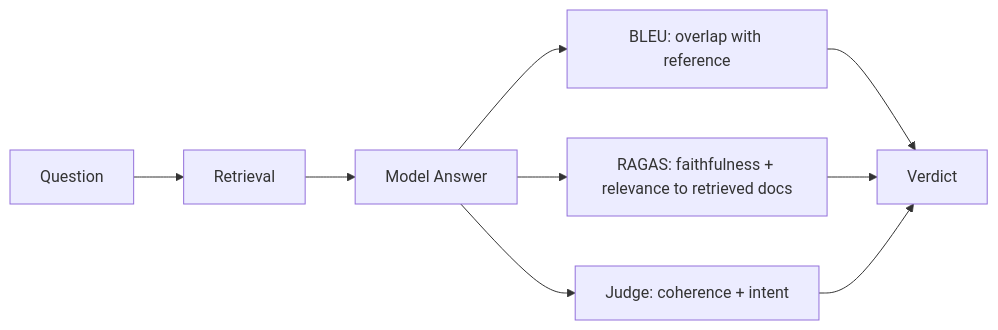
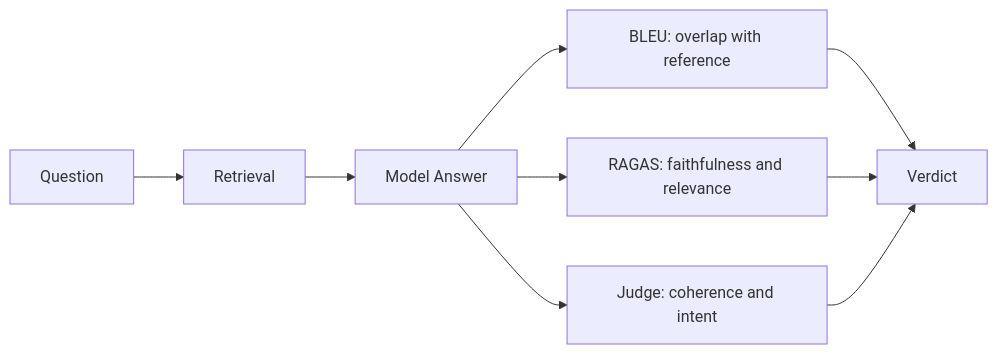
Before and after one commit to SharmilNK/Blog: the diagram in src/content/evaluation/week-01-the-model-on-trial.md, drawn with Mermaid. The commit also changed other lines of this file and 2 other files, not shown here.

````diff
--- a/src/content/evaluation/week-01-the-model-on-trial.md
+++ b/src/content/evaluation/week-01-the-model-on-trial.md
@@ -55,11 +83,11 @@
 ```mermaid
 flowchart LR
     Q[Question] --> R[Retrieval]
     R --> M[Model Answer]
     M --> B[BLEU: overlap with reference]
-    M --> G[RAGAS: faithfulness + relevance to retrieved docs]
-    M --> J[Judge: coherence + intent]
+    M --> G[RAGAS: faithfulness and relevance]
+    M --> J[Judge: coherence and intent]
     B --> V[Verdict]
     G --> V
     J --> V
 ```
````
